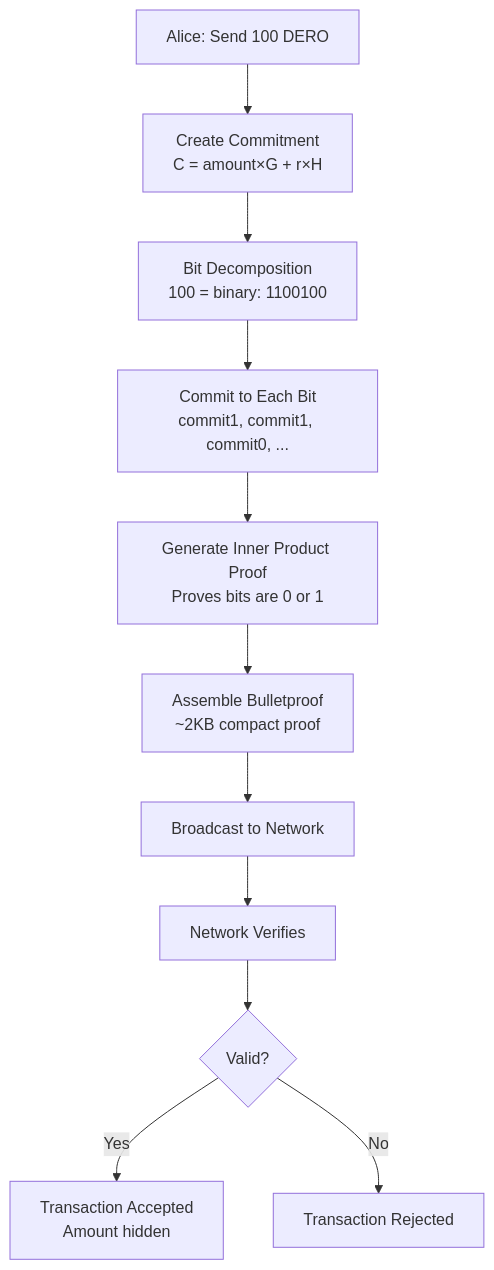
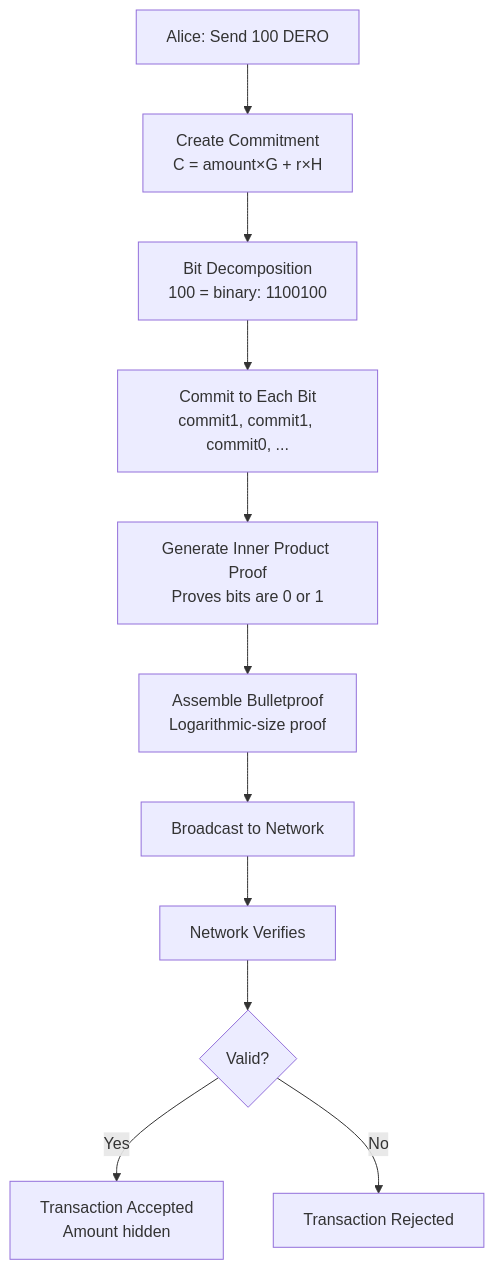
One commit to DHEBP/dero-docs changed the first of 5 diagrams in derod-main/pages/privacy/bulletproofs.mdx. Above: the diagram before and after it, drawn with Mermaid. The commit also changed other lines of this file and 7 other files, not shown here.

````diff
--- a/derod-main/pages/privacy/bulletproofs.mdx
+++ b/derod-main/pages/privacy/bulletproofs.mdx
@@ -99,13 +98,13 @@
 ```mermaid
 flowchart TD
     A["Alice: Send 100 DERO"] --> B["Create Commitment<br/>C = amount×G + r×H"]
     B --> C["Bit Decomposition<br/>100 = binary: 1100100"]
     C --> D["Commit to Each Bit<br/>commit1, commit1, commit0, ..."]
     D --> E["Generate Inner Product Proof<br/>Proves bits are 0 or 1"]
-    E --> F["Assemble Bulletproof<br/>~2KB compact proof"]
+    E --> F["Assemble Bulletproof<br/>Logarithmic-size proof"]
     F --> G["Broadcast to Network"]
     G --> H["Network Verifies"]
     H --> I{Valid?}
     I -->|Yes| J["Transaction Accepted<br/>Amount hidden"]
     I -->|No| K["Transaction Rejected"]
 ```
````
